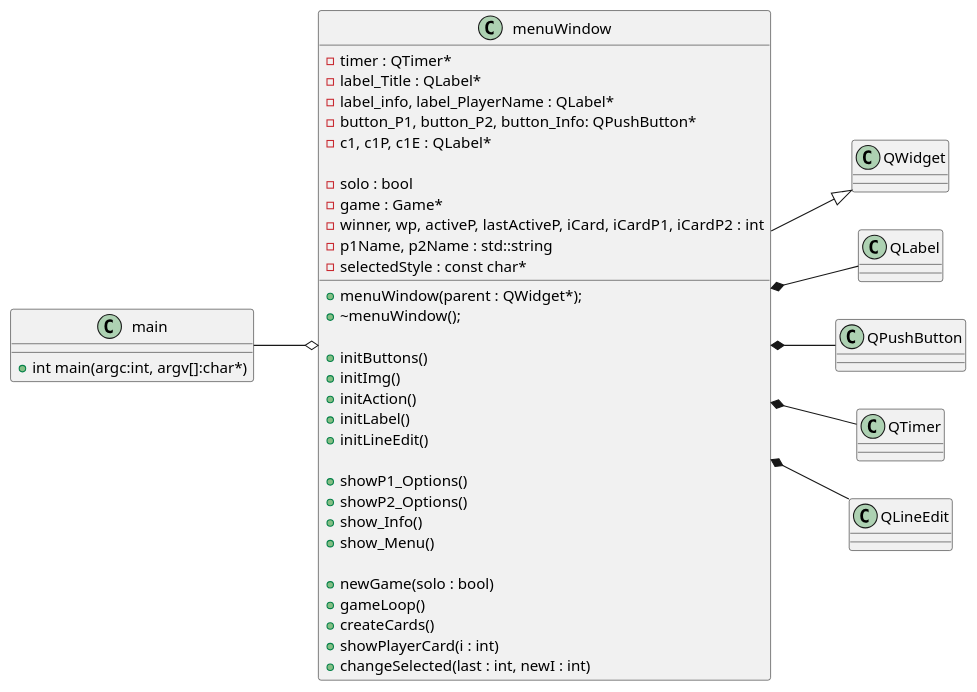
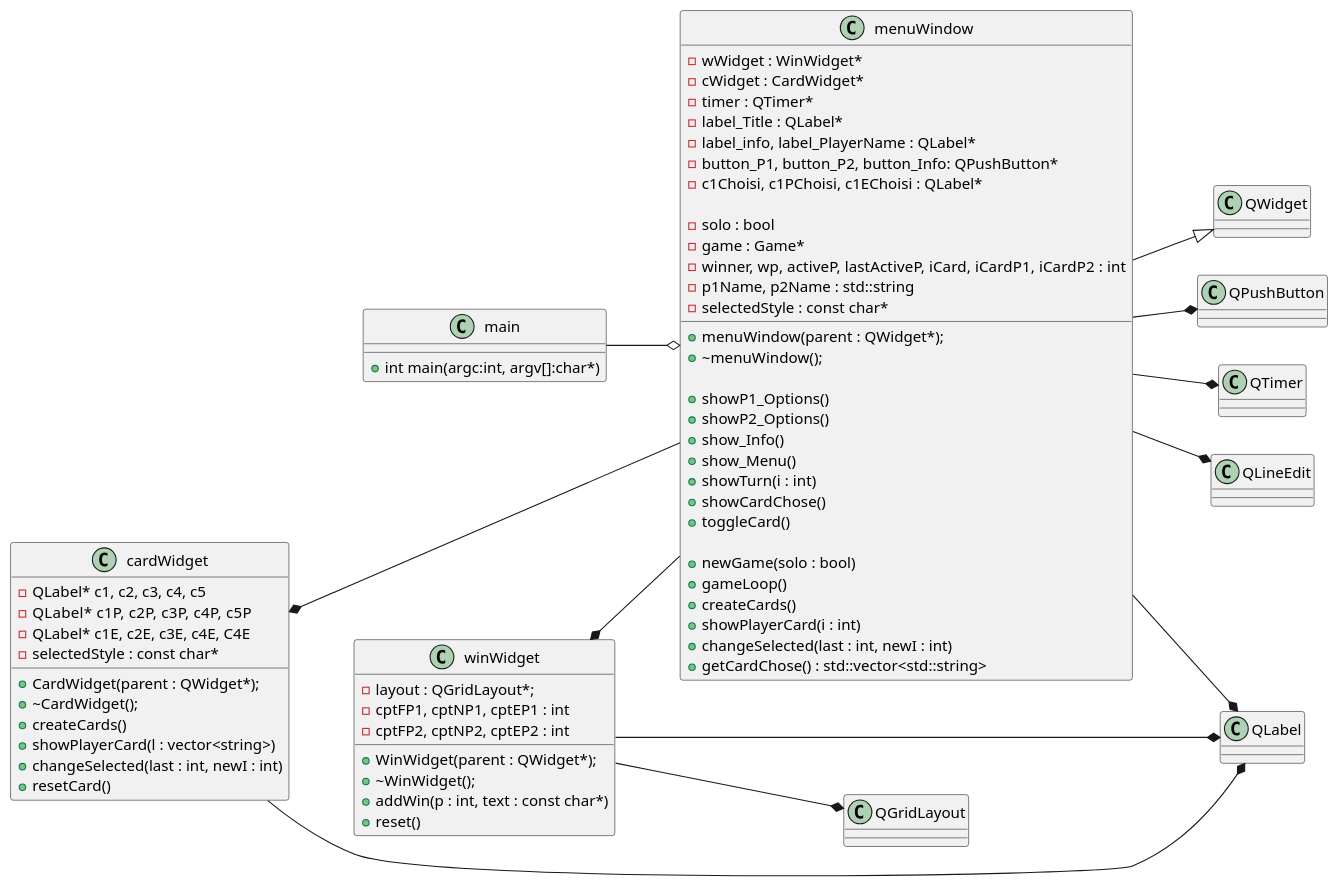
One commit to mazacra/CardJistu changed the diagram in UML/Classes.plantuml. Above: the diagram before and after it, drawn with PlantUML. The commit also changed 5 other files, not shown here.

```diff
--- a/UML/Classes.plantuml
+++ b/UML/Classes.plantuml
@@ -1,60 +1,96 @@
 @startuml Classes
 left to right direction
 
 class main{
     + int main(argc:int, argv[]:char*)
 }
 
 class menuWindow{
+	- wWidget : WinWidget*
+	- cWidget : CardWidget*
     - timer : QTimer*
 	- label_Title : QLabel*
 	- label_info, label_PlayerName : QLabel* 
 	- button_P1, button_P2, button_Info: QPushButton*
-	- c1, c1P, c1E : QLabel* 
+	- c1Choisi, c1PChoisi, c1EChoisi : QLabel* 
 
 	- solo : bool
 	- game : Game*
 	- winner, wp, activeP, lastActiveP, iCard, iCardP1, iCardP2 : int
 	- p1Name, p2Name : std::string
 	- selectedStyle : const char*
 
     + menuWindow(parent : QWidget*);
 	+ ~menuWindow();
 
-	+ initButtons()
-	+ initImg()
-	+ initAction()
-	+ initLabel()
-	+ initLineEdit()
-
 	+ showP1_Options()
 	+ showP2_Options()
 	+ show_Info()
 	+ show_Menu()
+	+ showTurn(i : int)
+	+ showCardChose()
+	+ toggleCard()
 
 	+ newGame(solo : bool)
 	+ gameLoop()
 	+ createCards()
 	+ showPlayerCard(i : int)
 	+ changeSelected(last : int, newI : int)
+	+ getCardChose() : std::vector<std::string>
+}
+
+class winWidget{
+	- layout : QGridLayout*;
+	- cptFP1, cptNP1, cptEP1 : int
+	- cptFP2, cptNP2, cptEP2 : int
+
+	+ WinWidget(parent : QWidget*);
+	+ ~WinWidget();
+	+ addWin(p : int, text : const char*)
+	+ reset()
+}
+
+class cardWidget{
+	- QLabel* c1, c2, c3, c4, c5
+	- QLabel* c1P, c2P, c3P, c4P, c5P
+	- QLabel* c1E, c2E, c3E, c4E, C4E
+	- selectedStyle : const char*
+
+	+ CardWidget(parent : QWidget*);
+	+ ~CardWidget();
+	+ createCards()
+	+ showPlayerCard(l : vector<string>)
+	+ changeSelected(last : int, newI : int)
+	+ resetCard() 
 }
 
 class QWidget{
 }
 class QLabel{
 }
 class QPushButton{
 }
 class QTimer{
 }
 class QLineEdit{
 }
+class QGridLayout{
+}
 
 main --o menuWindow
-menuWindow *-- QTimer
-menuWindow *-- QPushButton
-menuWindow *-- QLineEdit
-menuWindow *-- QLabel
+menuWindow --* QTimer
+menuWindow --* QPushButton
+menuWindow --* QLineEdit
+menuWindow --* QLabel
 menuWindow --|> QWidget
 
+winWidget *-- menuWindow
+winWidget --* QGridLayout
+winWidget --* QLabel
+
+cardWidget *-- menuWindow
+cardWidget ----* QLabel
+
+
+
 @enduml
```
